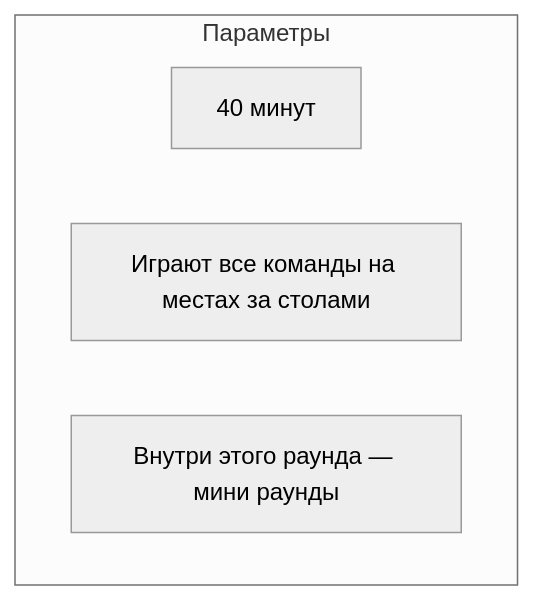
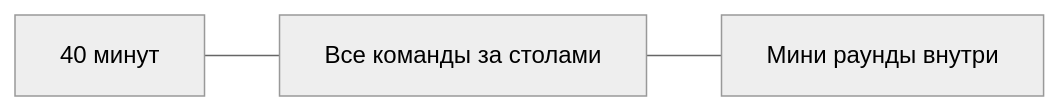
Before and after one commit to CoF-Luke/Game_100_to_1: the second of 7 diagrams in README.md, drawn with Mermaid (neutral theme). The commit also changed other lines of this file and 2 other files, not shown here.

````diff
--- a/README.md
+++ b/README.md
@@ -30,8 +30,4 @@
 ```mermaid
-graph TD
-    subgraph Параметры
-        P1["40 минут"]
-        P2["Играют все команды на местах за столами"]
-        P3["Внутри этого раунда — мини раунды"]
-    end
+graph LR
+    P1["40 минут"] --- P2["Все команды за столами"] --- P3["Мини раунды внутри"]
 ```
````
